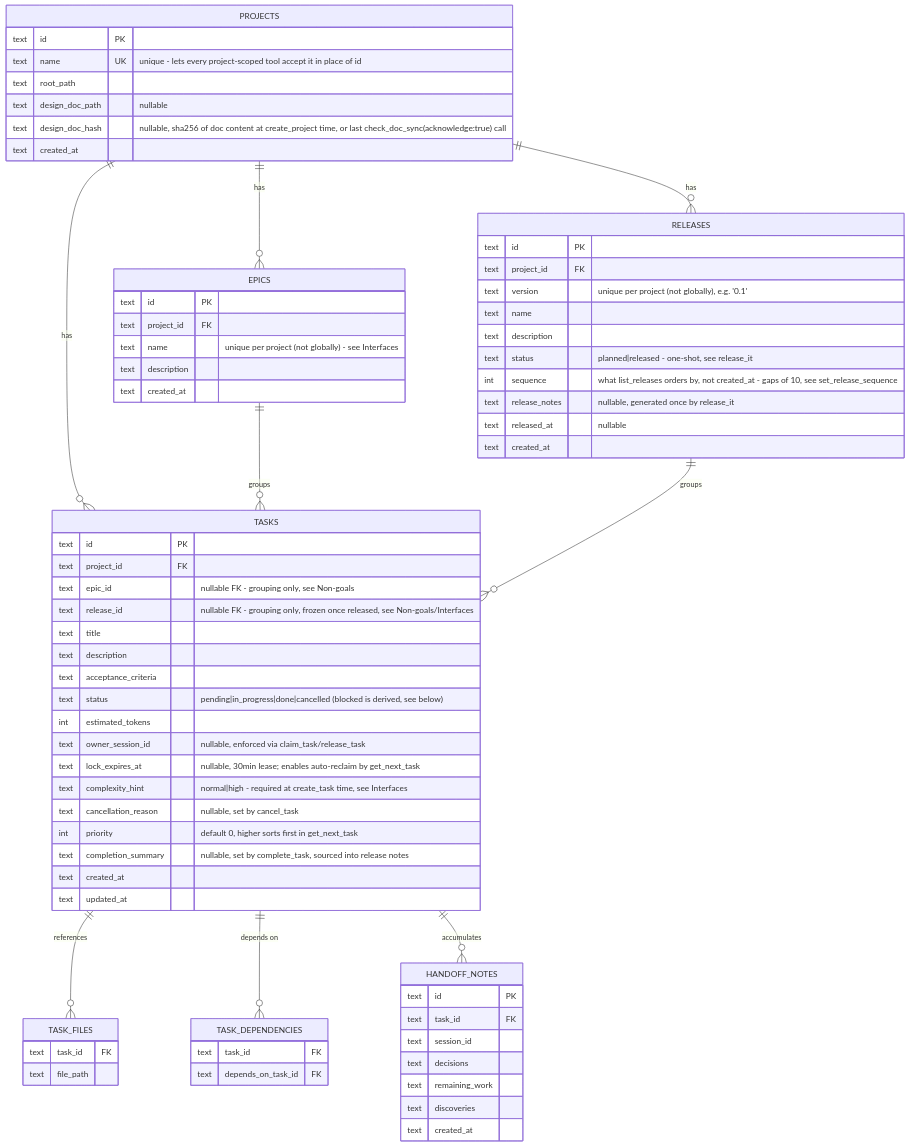
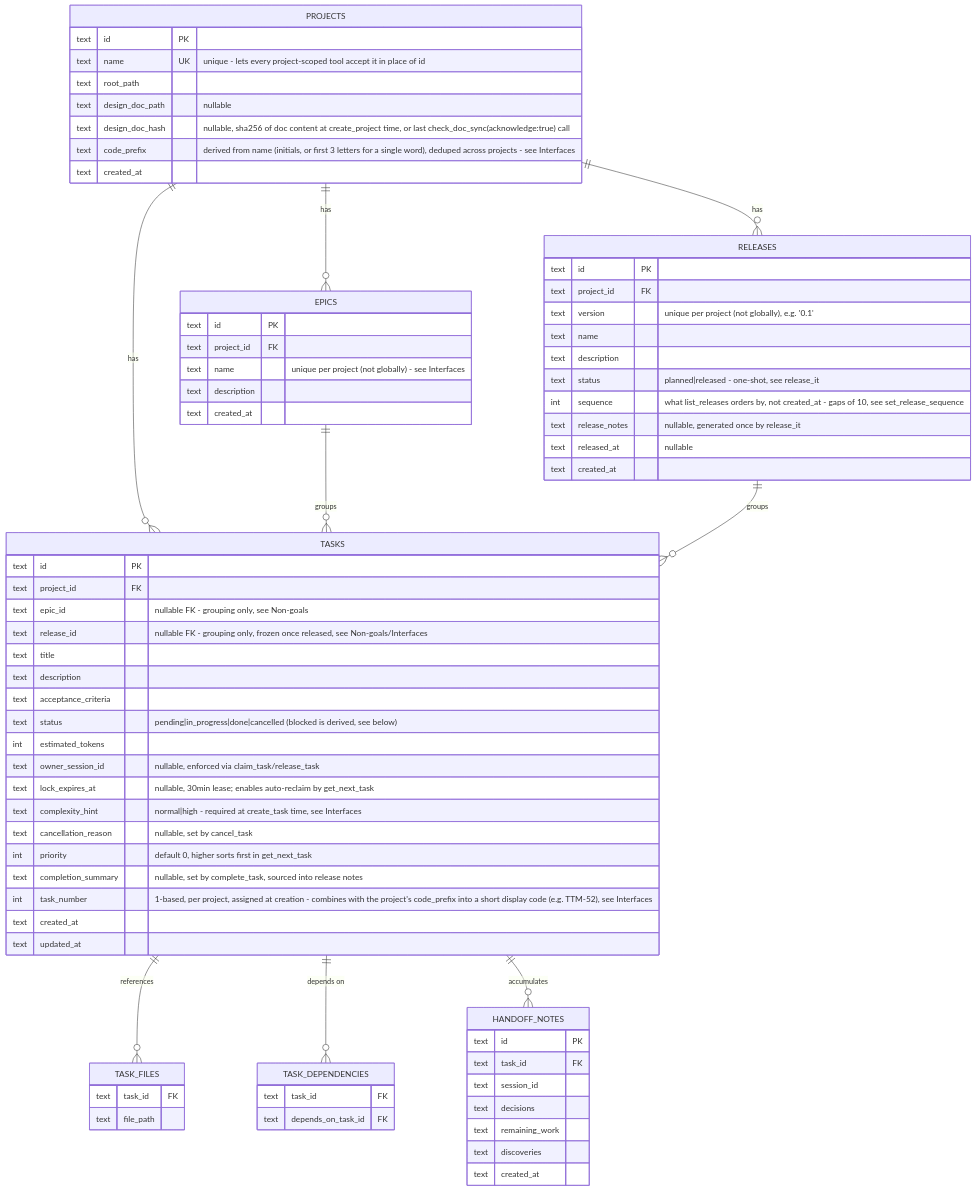
The third of 3 diagrams in docs/architecture/task-tracker-mcp.md (madmurdok/task-tracker-mcp), drawn with Mermaid before and after one commit. The commit also changed other lines of this file and 3 other files, not shown here.

````diff
--- a/docs/architecture/task-tracker-mcp.md
+++ b/docs/architecture/task-tracker-mcp.md
@@ -142,75 +142,77 @@
 ```mermaid
 erDiagram
     PROJECTS ||--o{ TASKS : has
     PROJECTS ||--o{ EPICS : has
     PROJECTS ||--o{ RELEASES : has
     EPICS ||--o{ TASKS : groups
     RELEASES ||--o{ TASKS : groups
     TASKS ||--o{ TASK_FILES : references
     TASKS ||--o{ TASK_DEPENDENCIES : "depends on"
     TASKS ||--o{ HANDOFF_NOTES : accumulates
 
     PROJECTS {
         text id PK
         text name UK "unique - lets every project-scoped tool accept it in place of id"
         text root_path
         text design_doc_path "nullable"
         text design_doc_hash "nullable, sha256 of doc content at create_project time, or last check_doc_sync(acknowledge:true) call"
+        text code_prefix "derived from name (initials, or first 3 letters for a single word), deduped across projects - see Interfaces"
         text created_at
     }
     EPICS {
         text id PK
         text project_id FK
         text name "unique per project (not globally) - see Interfaces"
         text description
         text created_at
     }
     RELEASES {
         text id PK
         text project_id FK
         text version "unique per project (not globally), e.g. '0.1'"
         text name
         text description
         text status "planned|released - one-shot, see release_it"
         int sequence "what list_releases orders by, not created_at - gaps of 10, see set_release_sequence"
         text release_notes "nullable, generated once by release_it"
         text released_at "nullable"
         text created_at
     }
     TASKS {
         text id PK
         text project_id FK
         text epic_id "nullable FK - grouping only, see Non-goals"
         text release_id "nullable FK - grouping only, frozen once released, see Non-goals/Interfaces"
         text title
         text description
         text acceptance_criteria
         text status "pending|in_progress|done|cancelled (blocked is derived, see below)"
         int estimated_tokens
         text owner_session_id "nullable, enforced via claim_task/release_task"
         text lock_expires_at "nullable, 30min lease; enables auto-reclaim by get_next_task"
         text complexity_hint "normal|high - required at create_task time, see Interfaces"
         text cancellation_reason "nullable, set by cancel_task"
         int priority "default 0, higher sorts first in get_next_task"
         text completion_summary "nullable, set by complete_task, sourced into release notes"
+        int task_number "1-based, per project, assigned at creation - combines with the project's code_prefix into a short display code (e.g. TTM-52), see Interfaces"
         text created_at
         text updated_at
     }
     TASK_FILES {
         text task_id FK
         text file_path
     }
     TASK_DEPENDENCIES {
         text task_id FK
         text depends_on_task_id FK
     }
     HANDOFF_NOTES {
         text id PK
         text task_id FK
         text session_id
         text decisions
         text remaining_work
         text discoveries
         text created_at
     }
 ```
````
